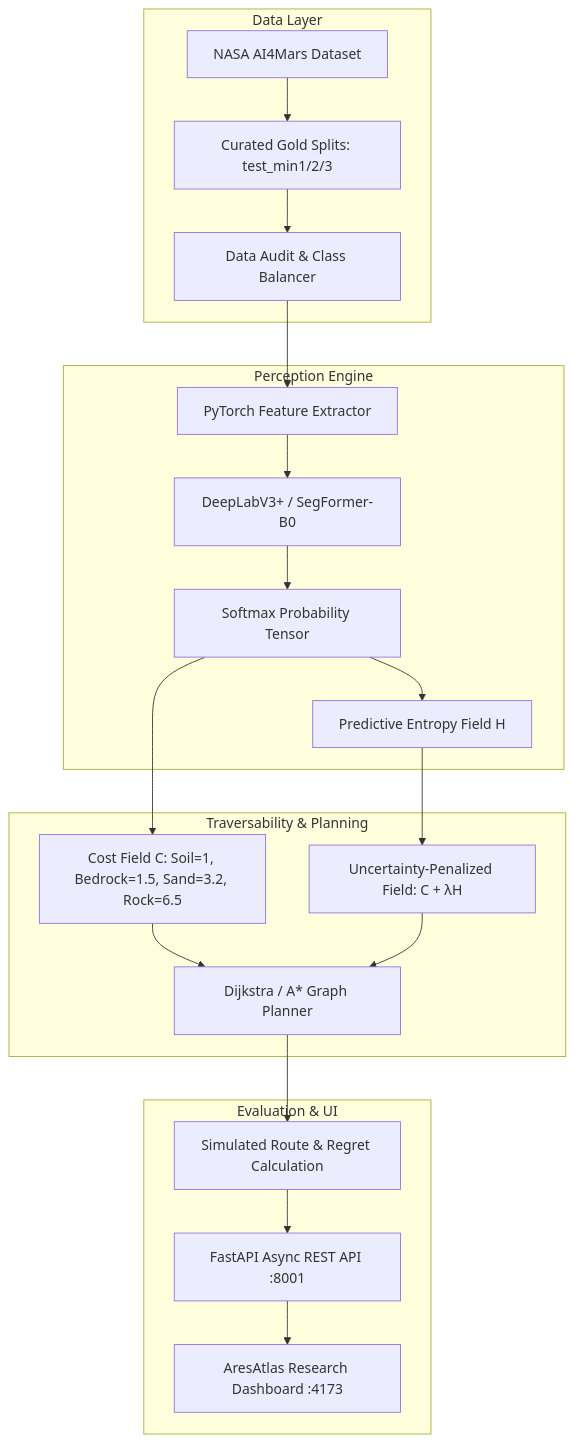
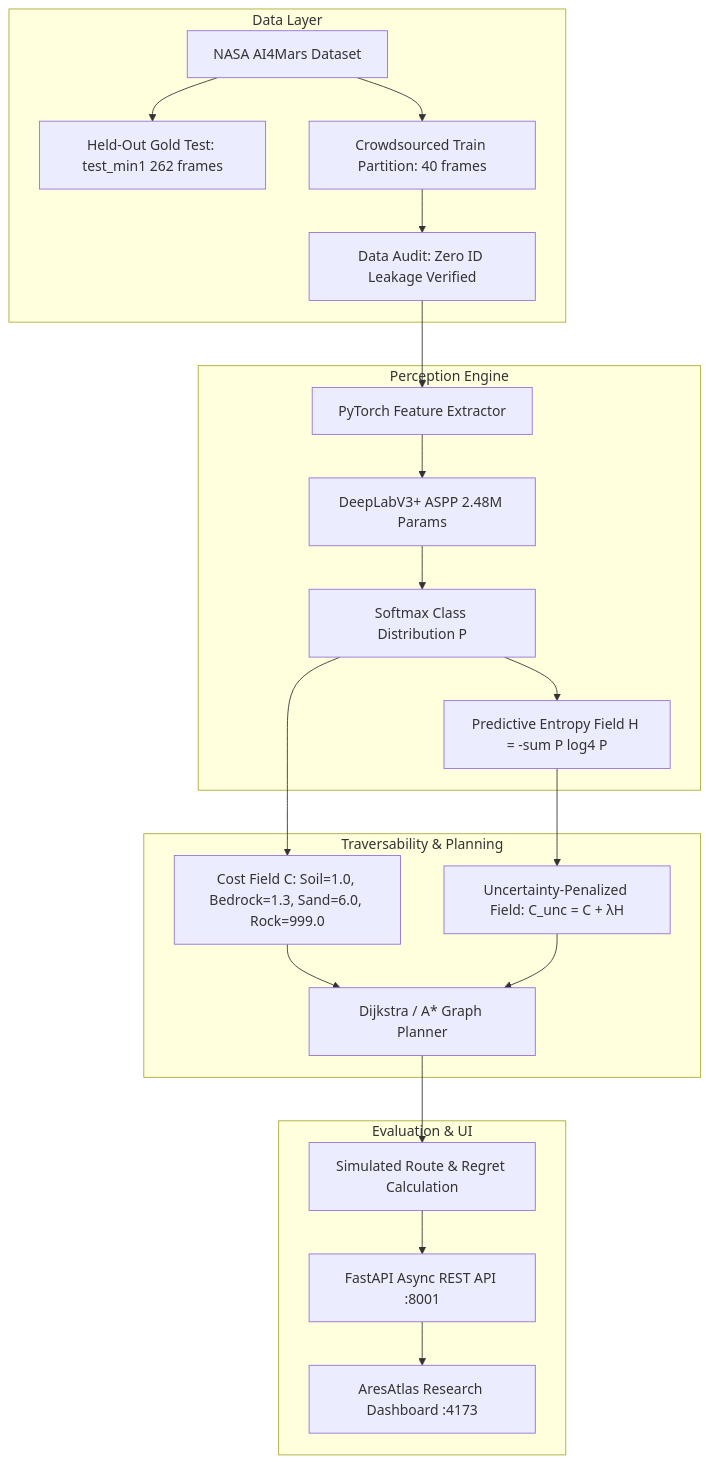
Before and after one commit to shaaunak/aresatlas: the diagram in README.md, drawn with Mermaid. The commit also changed other lines of this file and 24 other files, not shown here.

Commit message:
feat(research): remediate dataset leakage, resolve metric conflicts, and enhance terrain intelligence UI

````diff
--- a/README.md
+++ b/README.md
@@ -55,27 +56,28 @@
 ```mermaid
 flowchart TD
     subgraph Data Layer
-        A[NASA AI4Mars Dataset] --> B[Curated Gold Splits: test_min1/2/3]
-        B --> C[Data Audit & Class Balancer]
+        A[NASA AI4Mars Dataset] --> B[Held-Out Gold Test: test_min1 262 frames]
+        A --> C[Crowdsourced Train Partition: 40 frames]
+        C --> D[Data Audit: Zero ID Leakage Verified]
     end
 
     subgraph Perception Engine
-        C --> D[PyTorch Feature Extractor]
-        D --> E[DeepLabV3+ / SegFormer-B0]
-        E --> F[Softmax Probability Tensor]
-        F --> G[Predictive Entropy Field H]
+        D --> E[PyTorch Feature Extractor]
+        E --> F[DeepLabV3+ ASPP 2.48M Params]
+        F --> G[Softmax Class Distribution P]
+        G --> H["Predictive Entropy Field H = -sum P log4 P"]
     end
 
     subgraph Traversability & Planning
-        F --> H[Cost Field C: Soil=1, Bedrock=1.5, Sand=3.2, Rock=6.5]
-        G --> I[Uncertainty-Penalized Field: C + λH]
-        H --> J[Dijkstra / A* Graph Planner]
-        I --> J
+        G --> I["Cost Field C: Soil=1.0, Bedrock=1.3, Sand=6.0, Rock=999.0"]
+        H --> J["Uncertainty-Penalized Field: C_unc = C + λH"]
+        I --> K[Dijkstra / A* Graph Planner]
+        J --> K
     end
 
     subgraph Evaluation & UI
-        J --> K[Simulated Route & Regret Calculation]
-        K --> L[FastAPI Async REST API :8001]
-        L --> M[AresAtlas Research Dashboard :4173]
+        K --> L[Simulated Route & Regret Calculation]
+        L --> M[FastAPI Async REST API :8001]
+        M --> N[AresAtlas Research Dashboard :4173]
     end
 ```
````
